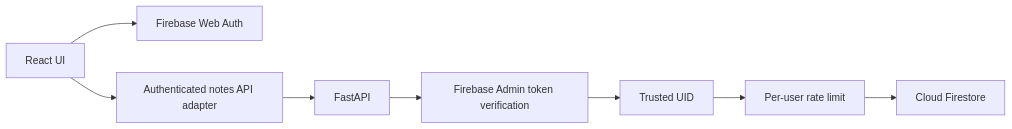
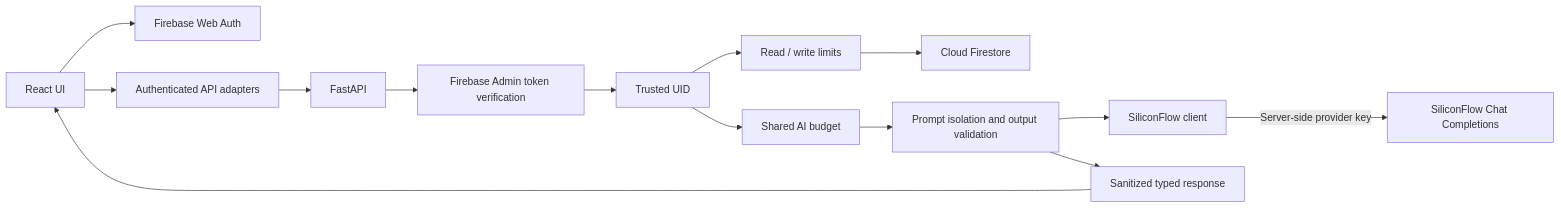
The first of 3 diagrams in docs/architecture.md (Yangjunjie-Lin/notevault), drawn with Mermaid before and after one commit. The commit also changed other lines of this file and 62 other files, not shown here.

First line of the commit message:
Add NoteVault AI Markdown Assistant powered by SiliconFlow.

````diff
--- a/docs/architecture.md
+++ b/docs/architecture.md
@@ -5,10 +5,16 @@
 ```mermaid
 flowchart LR
   UI["React UI"] --> Auth["Firebase Web Auth"]
-  UI --> Adapter["Authenticated notes API adapter"]
+  UI --> Adapter["Authenticated API adapters"]
   Adapter --> API["FastAPI"]
   API --> Verify["Firebase Admin token verification"]
   Verify --> UID["Trusted UID"]
-  UID --> Limit["Per-user rate limit"]
-  Limit --> Store["Cloud Firestore"]
+  UID --> NoteLimit["Read / write limits"]
+  NoteLimit --> Store["Cloud Firestore"]
+  UID --> AiLimit["Shared AI budget"]
+  AiLimit --> AiService["Prompt isolation and output validation"]
+  AiService --> Client["SiliconFlow client"]
+  Client -->|"Server-side provider key"| Provider["SiliconFlow Chat Completions"]
+  AiService --> SafeResponse["Sanitized typed response"]
+  SafeResponse --> UI
 ```
````
